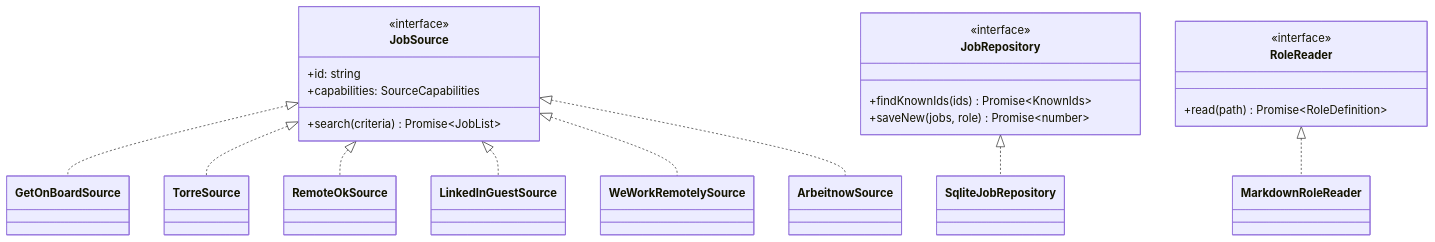
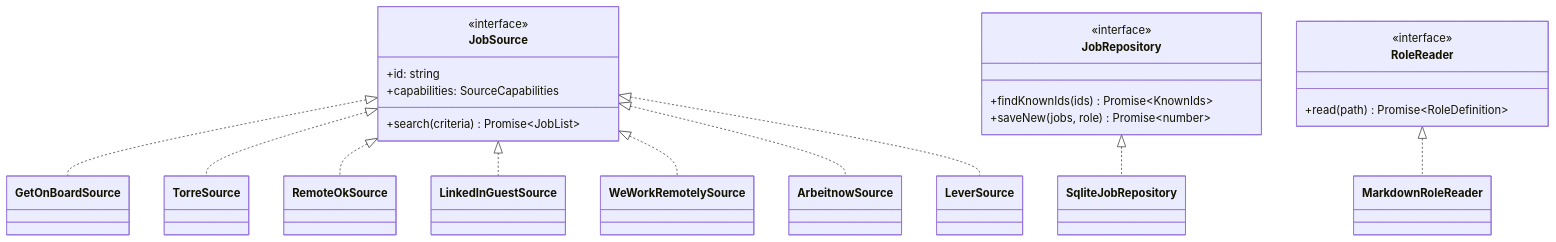
Before and after one commit to jesersu/searchJob: the third of 6 diagrams in docs/ARCHITECTURE.md, drawn with Mermaid. The commit also changed other lines of this file and 6 other files, not shown here.

First line of the commit message:
feat(sources): add Lever postings source (coderio board)

````diff
--- a/docs/ARCHITECTURE.md
+++ b/docs/ARCHITECTURE.md
@@ -110,27 +111,28 @@
 ```mermaid
 classDiagram
     class JobSource {
         <<interface>>
         +id: string
         +capabilities: SourceCapabilities
         +search(criteria) Promise~JobList~
     }
     class JobRepository {
         <<interface>>
         +findKnownIds(ids) Promise~KnownIds~
         +saveNew(jobs, role) Promise~number~
     }
     class RoleReader {
         <<interface>>
         +read(path) Promise~RoleDefinition~
     }
 
     JobSource <|.. GetOnBoardSource
     JobSource <|.. TorreSource
     JobSource <|.. RemoteOkSource
     JobSource <|.. LinkedInGuestSource
     JobSource <|.. WeWorkRemotelySource
     JobSource <|.. ArbeitnowSource
+    JobSource <|.. LeverSource
     JobRepository <|.. SqliteJobRepository
     RoleReader <|.. MarkdownRoleReader
 ```
````
